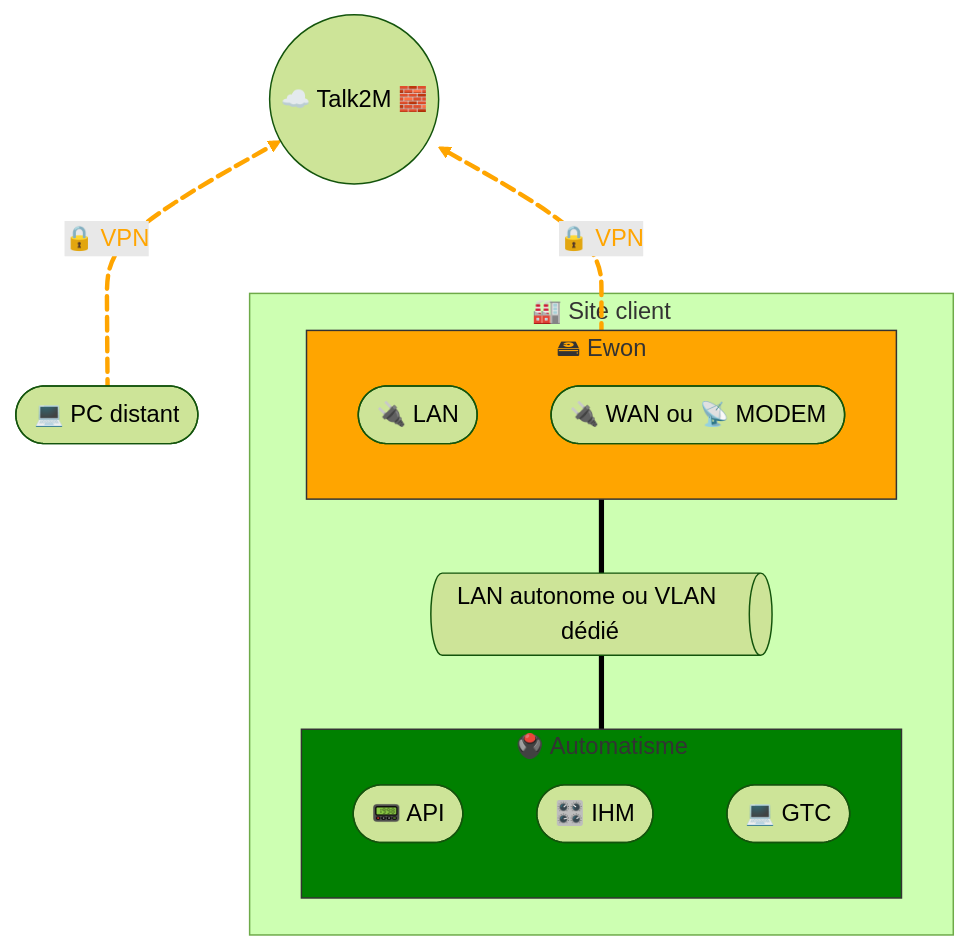
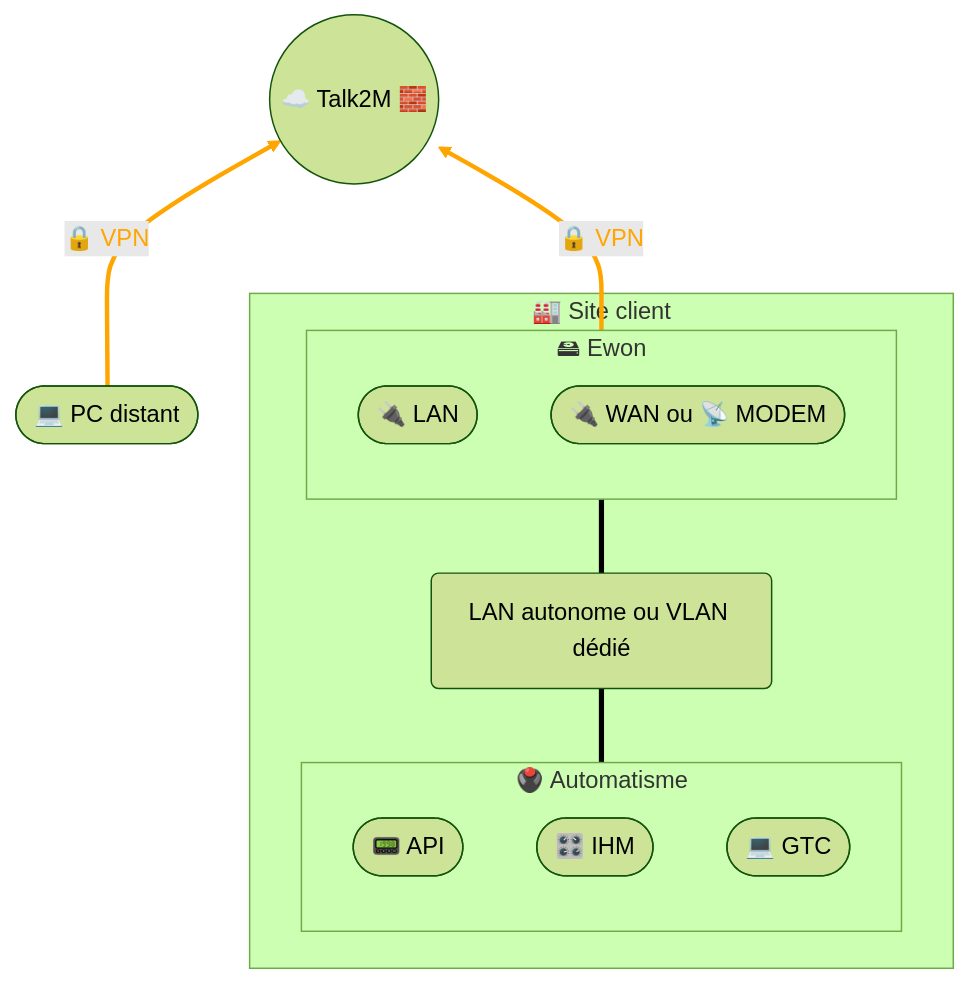
One commit to JohannPx/network-architectures changed the diagram in docs/remote-access/remote-access-ewon.md. Above: the diagram before and after it, drawn with Mermaid (forest theme). The commit also changed 7 other files, not shown here.

````diff
--- a/docs/remote-access/remote-access-ewon.md
+++ b/docs/remote-access/remote-access-ewon.md
@@ -13,41 +13,30 @@
 ```mermaid
 flowchart BT
 
     remote([💻 PC distant])
 
     subgraph site [🏭 Site client]
         subgraph automation [🖲️ Automatisme]
             plc([📟 API])
             hmi([🎛️ IHM])
             gtc([💻 GTC])
         end
 
-        vlan@{ shape: das, label: "LAN autonome ou VLAN dédié" }
+        vlan(LAN autonome ou VLAN dédié)
         
         subgraph ewon [🖴 Ewon]
             ewonLan([🔌 LAN])
             ewonWan([🔌 WAN ou 📡 MODEM])
         end
     end
 
     talk2m((☁️ Talk2M 🧱))
 
-    remote e2@== 🔒 VPN ==> talk2m
-    e2@{ animation: fast }
-
-    ewon e1@== 🔒 VPN ==> talk2m
-    e1@{ animation: fast }
-
-
+    remote == 🔒 VPN ==> talk2m
+    ewon == 🔒 VPN ==> talk2m
     automation === vlan
     vlan === ewon
     
     linkStyle 0 stroke:orange,stroke-width:3px,color:orange;
     linkStyle 1 stroke:orange,stroke-width:3px,color:orange;
-
-    style ewon fill:orange,stroke:#333,stroke-width:1px
-    style automation fill:green,stroke:#333,stroke-width:1px
-
-    class automation rightTitle
-    class ewon rightTitle
 ```
````
